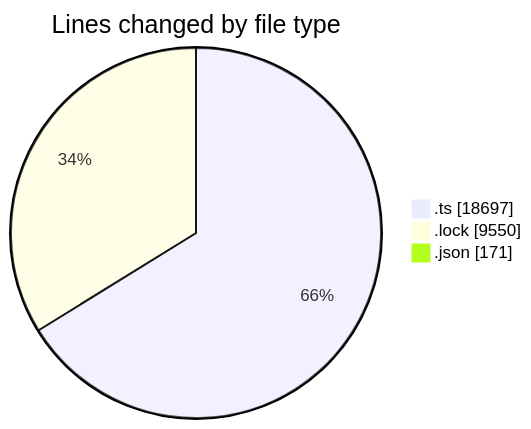
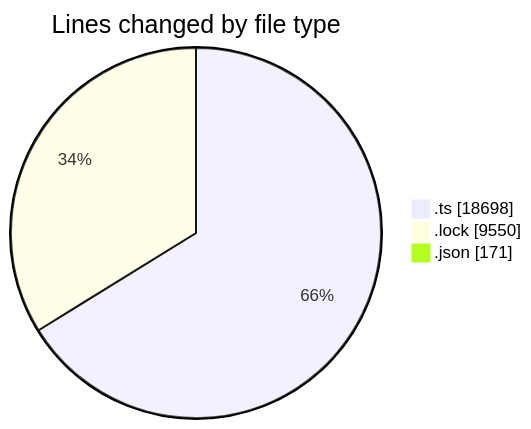
Before and after one commit to momahboobian/code-tracking: the first of 2 diagrams in 2025-10-30/cda/README.md, drawn with Mermaid. The commit also changed other lines of this file and 1 other file, not shown here.

````diff
--- a/2025-10-30/cda/README.md
+++ b/2025-10-30/cda/README.md
@@ -29,7 +29,7 @@
 ```mermaid
 pie showData
 title Lines changed by file type
-".ts" : 18697
+".ts" : 18698
 ".lock" : 9550
 ".json" : 171
 ```
````
